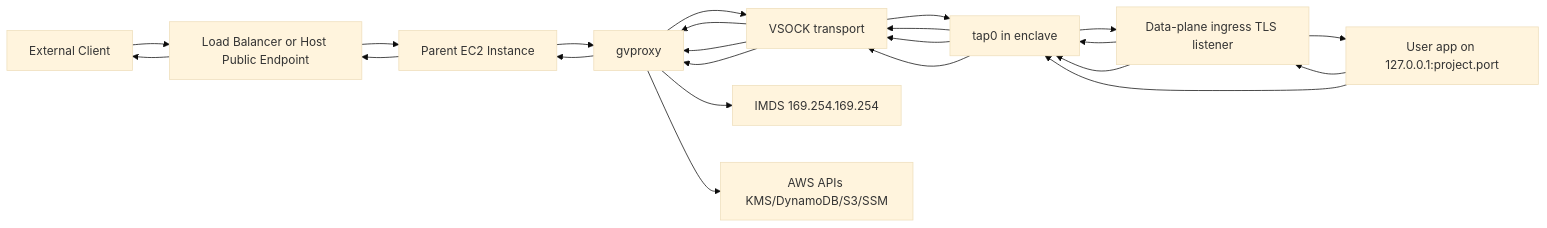
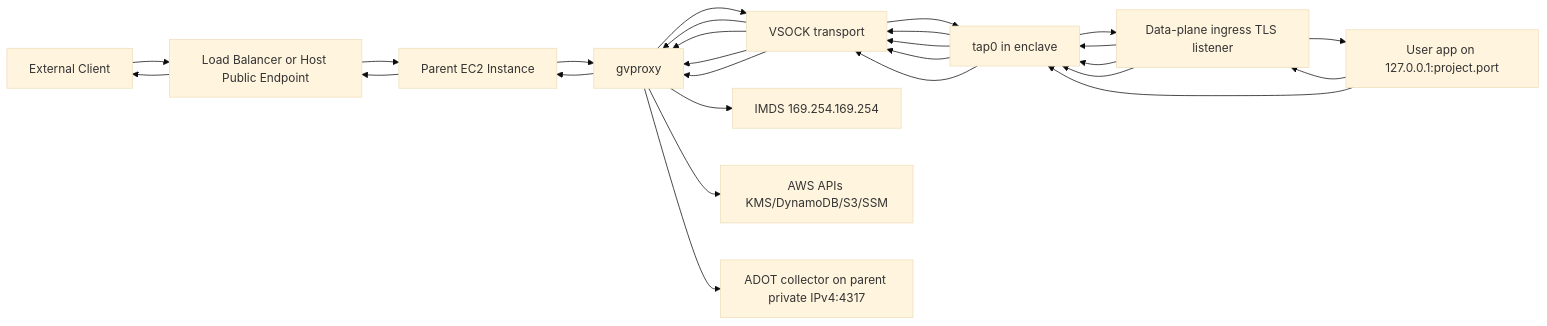
One commit to matzapata/nitrum changed the first of 5 diagrams in docs/networking.md. Above: the diagram before and after it, drawn with Mermaid (base theme). The commit also changed other lines of this file and 72 other files, not shown here.

````diff
--- a/docs/networking.md
+++ b/docs/networking.md
@@ -27,19 +28,21 @@
 ```mermaid
 flowchart LR
     client[External Client]
     nlb[Load Balancer or Host Public Endpoint]
     host[Parent EC2 Instance]
     gv[gvproxy]
     vsock[VSOCK transport]
     tap[tap0 in enclave]
     ingress[Data-plane ingress TLS listener]
     app[User app on 127.0.0.1:project.port]
     imds[IMDS 169.254.169.254]
     aws[AWS APIs KMS/DynamoDB/S3/SSM]
+    otel[ADOT collector on parent private IPv4:4317]
 
     client --> nlb --> host --> gv
     gv --> vsock --> tap --> ingress --> app
     app --> ingress --> tap --> vsock --> gv --> host --> nlb --> client
     ingress --> tap --> vsock --> gv --> imds
     app --> tap --> vsock --> gv --> aws
+    ingress --> tap --> vsock --> gv --> otel
 ```
````
